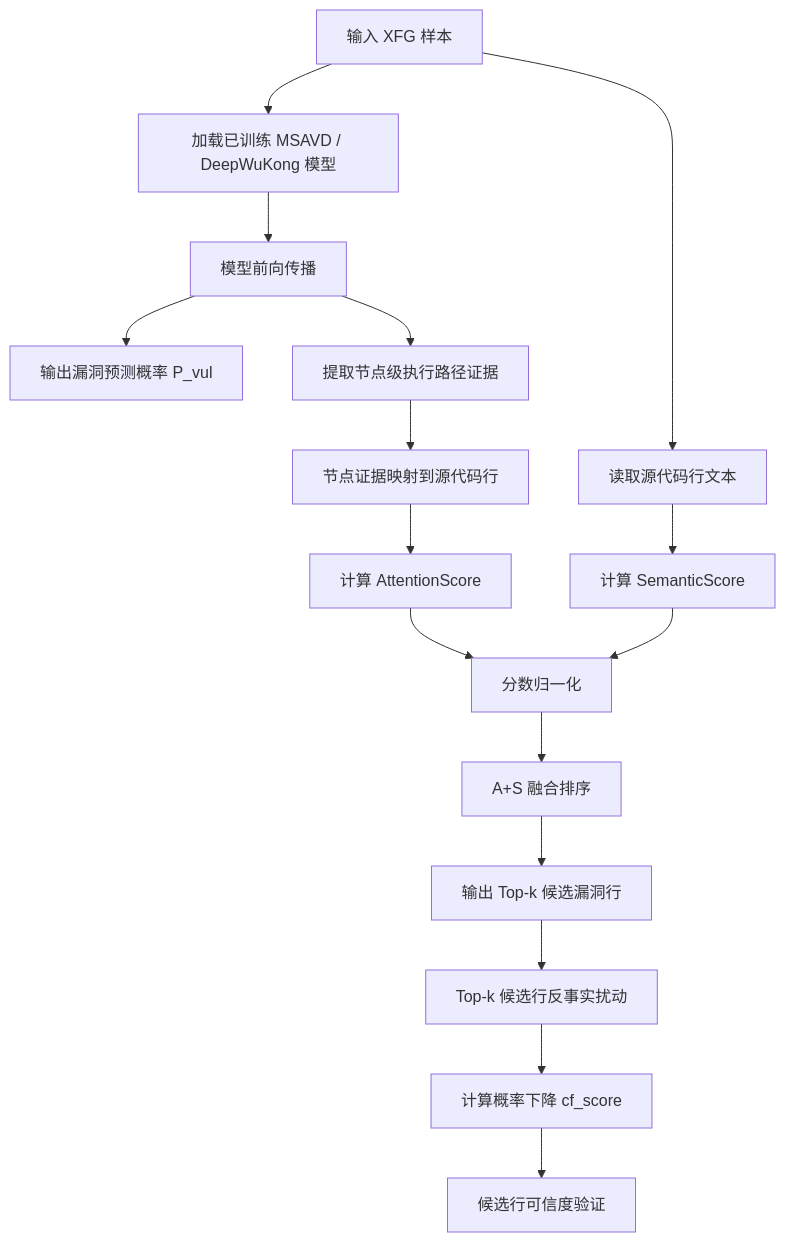
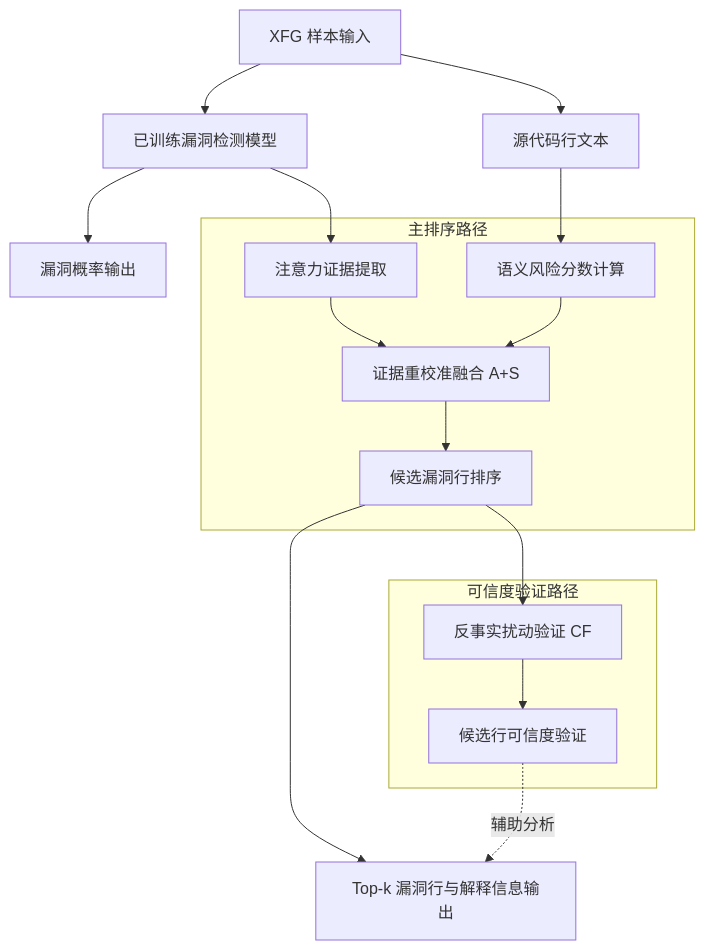
The first of 5 diagrams in docs/thesis/figures_mermaid.md (ATao-Zhang/msgvd), drawn with Mermaid before and after one commit. The commit also changed other lines of this file, not shown here.

Commit message:
docs: refresh thesis mermaid figures

````diff
--- a/docs/thesis/figures_mermaid.md
+++ b/docs/thesis/figures_mermaid.md
@@ -9,21 +9,27 @@
 ```mermaid
 flowchart TD
-    A["输入 XFG 样本"] --> B["加载已训练 MSAVD / DeepWuKong 模型"]
-    B --> C["模型前向传播"]
-    C --> D["输出漏洞预测概率 P_vul"]
-    C --> E["提取节点级执行路径证据"]
-    E --> F["节点证据映射到源代码行"]
-    F --> G["计算 AttentionScore"]
+    A["XFG 样本输入"] --> B["已训练漏洞检测模型"]
+    B --> C["漏洞概率输出"]
+    B --> D["注意力证据提取"]
+    A --> E["源代码行文本"]
+    E --> F["语义风险分数计算"]
+    D --> G["证据重校准融合 A+S"]
+    F --> G
+    G --> H["候选漏洞行排序"]
+    H --> I["Top-k 漏洞行与解释信息输出"]
+    H --> J["反事实扰动验证 CF"]
+    J --> K["候选行可信度验证"]
+    K -. "辅助分析" .-> I
 
-    A --> H["读取源代码行文本"]
-    H --> I["计算 SemanticScore"]
+    subgraph M["主排序路径"]
+        D
+        F
+        G
+        H
+    end
 
-    G --> J["分数归一化"]
-    I --> J
-    J --> K["A+S 融合排序"]
-    K --> L["输出 Top-k 候选漏洞行"]
-
-    L --> M["Top-k 候选行反事实扰动"]
-    M --> N["计算概率下降 cf_score"]
-    N --> O["候选行可信度验证"]
+    subgraph V["可信度验证路径"]
+        J
+        K
+    end
 ```
````
